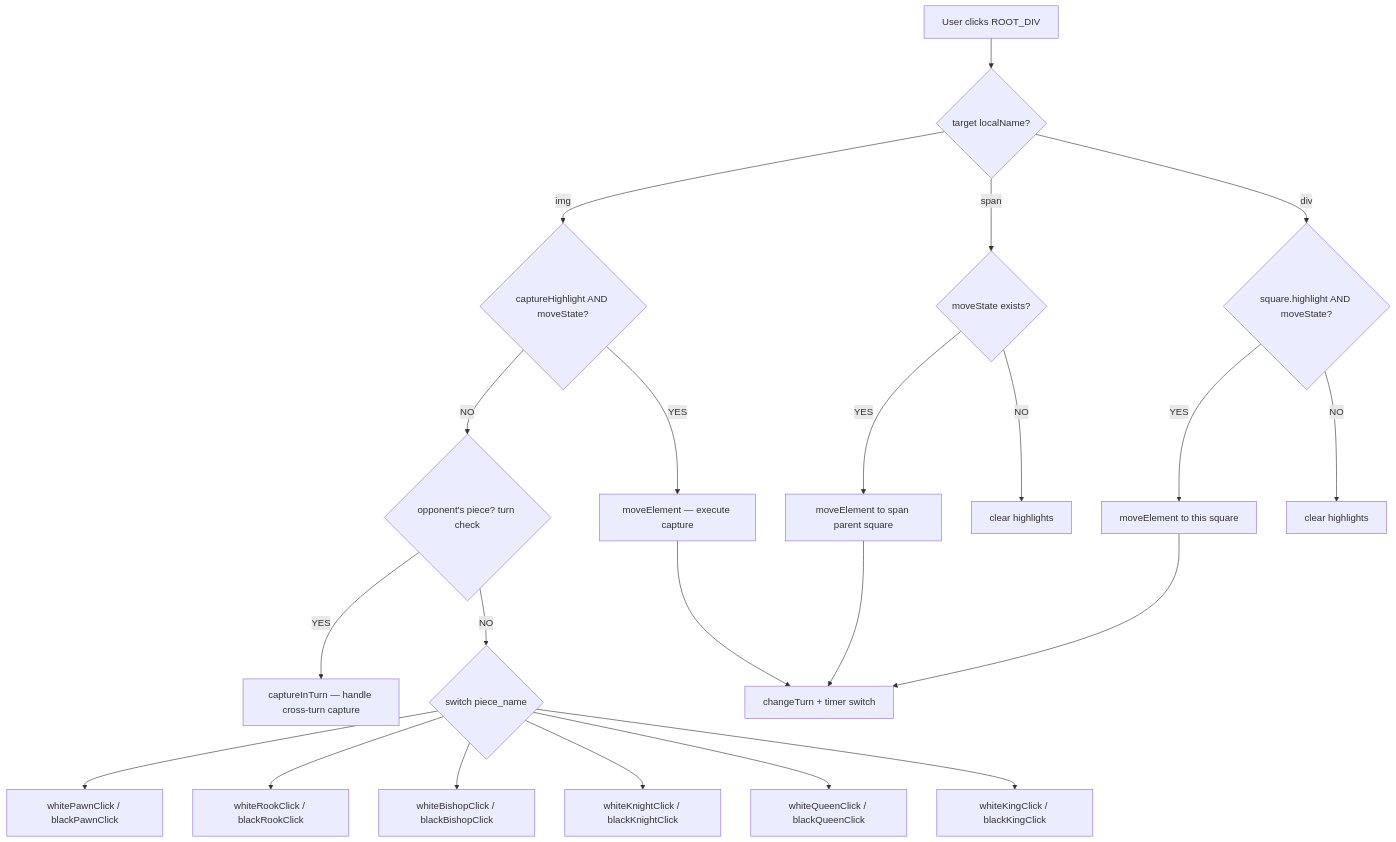
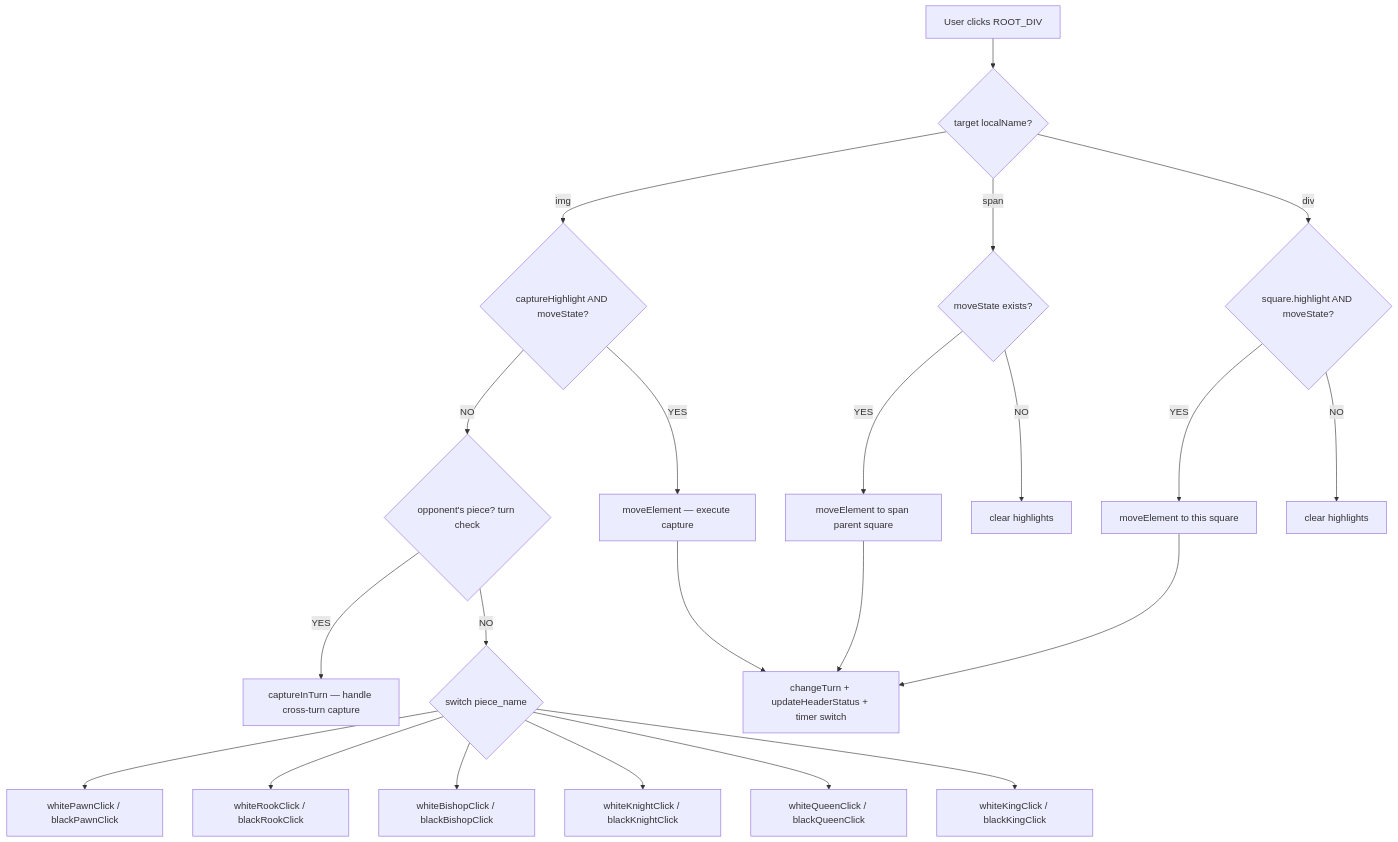
One commit to sharmaa-abhi/ChessCode changed the third of 10 diagrams in docs/Architecture.md. Above: the diagram before and after it, drawn with Mermaid. The commit also changed other lines of this file and 2 other files, not shown here.

Commit message:
docs: add architecture documentation and update project status in README

````diff
--- a/docs/Architecture.md
+++ b/docs/Architecture.md
@@ -123,30 +134,30 @@
 ```mermaid
 flowchart TD
     A[User clicks ROOT_DIV] --> B{target localName?}
 
     B -- img --> C{captureHighlight AND moveState?}
     C -- YES --> D[moveElement — execute capture]
     C -- NO --> E{opponent's piece? turn check}
     E -- YES --> F[captureInTurn — handle cross-turn capture]
     E -- NO --> G{switch piece_name}
 
     G --> H[whitePawnClick / blackPawnClick]
     G --> I[whiteRookClick / blackRookClick]
     G --> J[whiteBishopClick / blackBishopClick]
     G --> K[whiteKnightClick / blackKnightClick]
     G --> L[whiteQueenClick / blackQueenClick]
     G --> M[whiteKingClick / blackKingClick]
 
-    D --> N[changeTurn + timer switch]
+    D --> N[changeTurn + updateHeaderStatus + timer switch]
 
     B -- span --> O{moveState exists?}
     O -- YES --> P[moveElement to span parent square]
     O -- NO --> Q[clear highlights]
 
     B -- div --> R{square.highlight AND moveState?}
     R -- YES --> S[moveElement to this square]
     R -- NO --> T[clear highlights]
 
     P --> N
     S --> N
 ```
````
